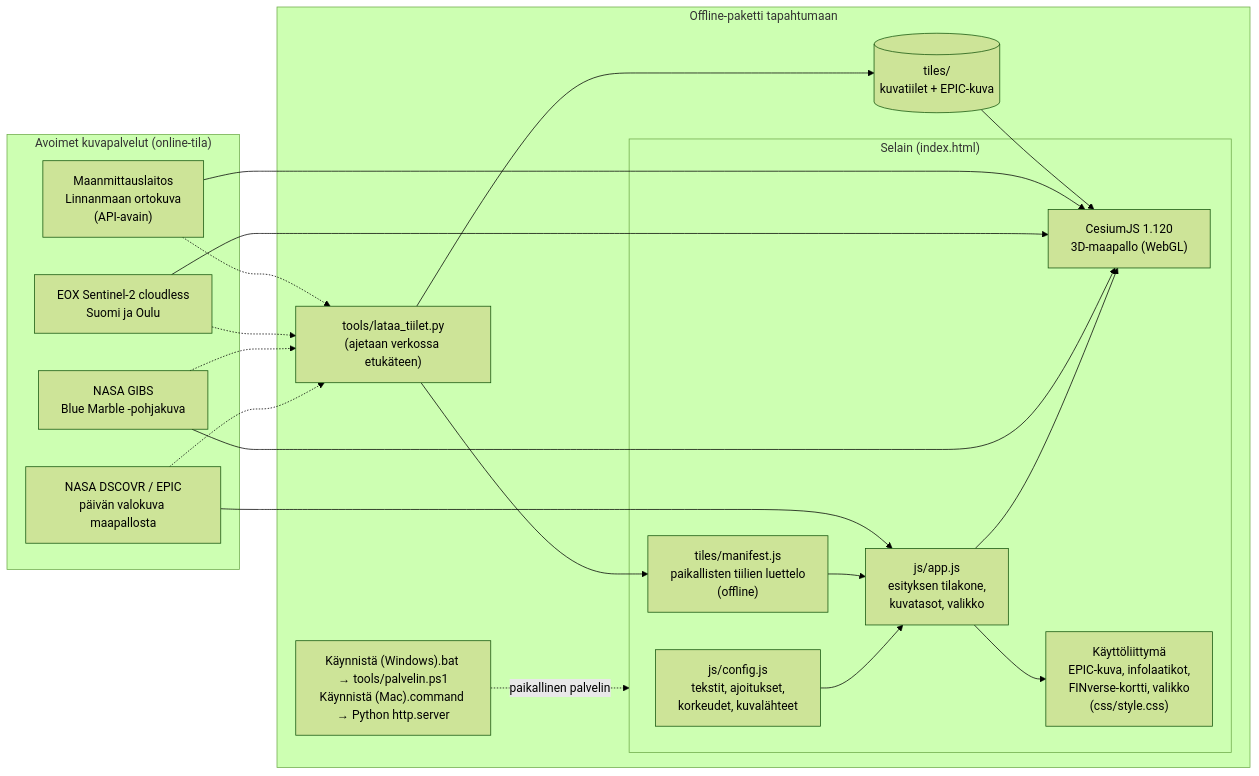
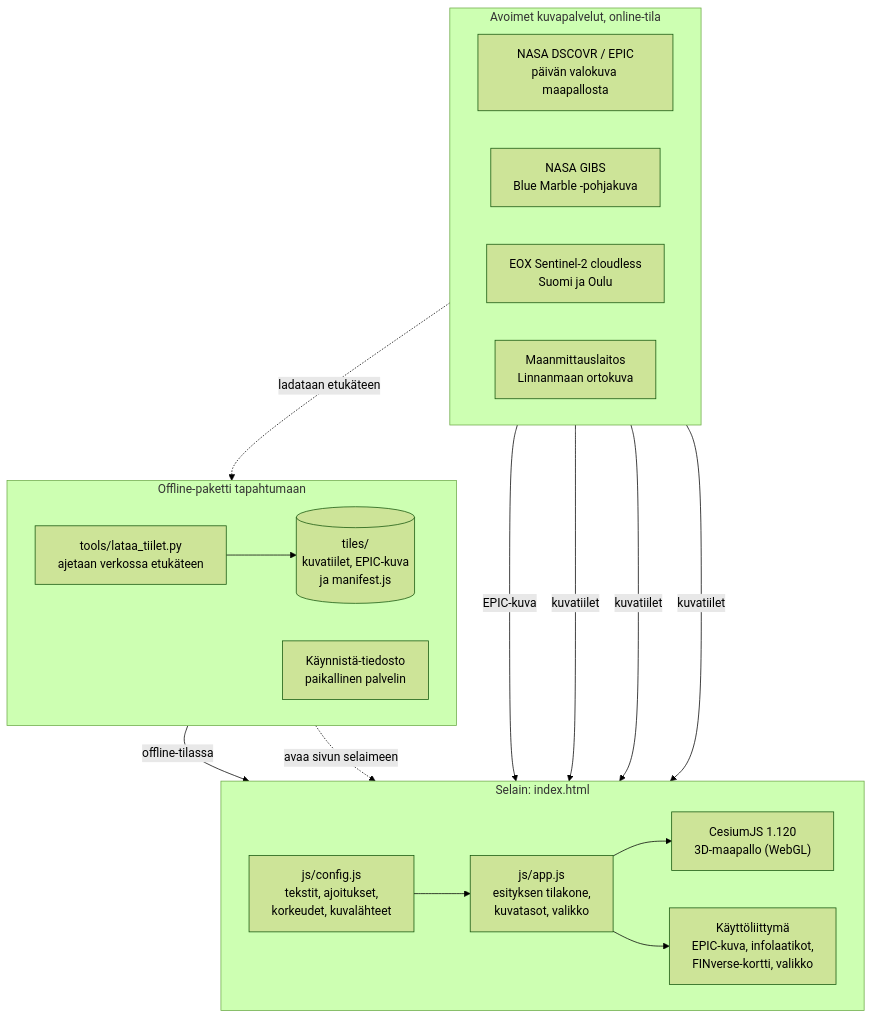
One commit to AnnaElo/satellite-imaginary changed the second of 2 diagrams in README.md. Above: the diagram before and after it, drawn with Mermaid (forest theme).

Commit message:
README: selkeämpi arkkitehtuurikaavio
Claude-Session: https://claude.ai/code/session_01JkgNVPekkt1EjWEv2wb3w5

````diff
--- a/README.md
+++ b/README.md
@@ -67,40 +67,35 @@
 ```mermaid
-flowchart LR
-    subgraph Selain["Selain (index.html)"]
+flowchart TB
+    subgraph Online["Avoimet kuvapalvelut, online-tila"]
+        direction LR
+        EPIC["NASA DSCOVR / EPIC<br/>päivän valokuva maapallosta"]
+        GIBS["NASA GIBS<br/>Blue Marble -pohjakuva"]
+        EOX["EOX Sentinel-2 cloudless<br/>Suomi ja Oulu"]
+        NLS["Maanmittauslaitos<br/>Linnanmaan ortokuva"]
+    end
+
+    subgraph Selain["Selain: index.html"]
+        direction LR
         CFG["js/config.js<br/>tekstit, ajoitukset,<br/>korkeudet, kuvalähteet"]
-        MAN["tiles/manifest.js<br/>paikallisten tiilien luettelo<br/>(offline)"]
         APP["js/app.js<br/>esityksen tilakone,<br/>kuvatasot, valikko"]
         CES["CesiumJS 1.120<br/>3D-maapallo (WebGL)"]
-        UI["Käyttöliittymä<br/>EPIC-kuva, infolaatikot,<br/>FINverse-kortti, valikko<br/>(css/style.css)"]
+        UI["Käyttöliittymä<br/>EPIC-kuva, infolaatikot,<br/>FINverse-kortti, valikko"]
         CFG --> APP
-        MAN --> APP
         APP --> CES
         APP --> UI
     end
 
-    subgraph Online["Avoimet kuvapalvelut (online-tila)"]
-        EPIC["NASA DSCOVR / EPIC<br/>päivän valokuva maapallosta"]
-        GIBS["NASA GIBS<br/>Blue Marble -pohjakuva"]
-        EOX["EOX Sentinel-2 cloudless<br/>Suomi ja Oulu"]
-        NLS["Maanmittauslaitos<br/>Linnanmaan ortokuva<br/>(API-avain)"]
+    subgraph Offline["Offline-paketti tapahtumaan"]
+        direction LR
+        DL["tools/lataa_tiilet.py<br/>ajetaan verkossa etukäteen"]
+        TILES[("tiles/<br/>kuvatiilet, EPIC-kuva<br/>ja manifest.js")]
+        SRV["Käynnistä-tiedosto<br/>paikallinen palvelin"]
+        DL --> TILES
     end
 
-    subgraph Offline["Offline-paketti tapahtumaan"]
-        DL["tools/lataa_tiilet.py<br/>(ajetaan verkossa etukäteen)"]
-        TILES[("tiles/<br/>kuvatiilet + EPIC-kuva")]
-        SRV["Käynnistä (Windows).bat → tools/palvelin.ps1<br/>Käynnistä (Mac).command → Python http.server"]
-        DL --> TILES
-        DL --> MAN
-        SRV -. paikallinen palvelin .-> Selain
-    end
-
-    EPIC --> APP
-    GIBS --> CES
-    EOX --> CES
-    NLS --> CES
-    EPIC -.-> DL
-    GIBS -.-> DL
-    EOX -.-> DL
-    NLS -.-> DL
-    TILES --> CES
+    EPIC -- EPIC-kuva --> APP
+    GIBS & EOX & NLS -- kuvatiilet --> CES
+    Online -. ladataan etukäteen .-> DL
+    TILES -- offline-tilassa --> APP
+    SRV -. avaa sivun selaimeen .-> APP
 ```
````
